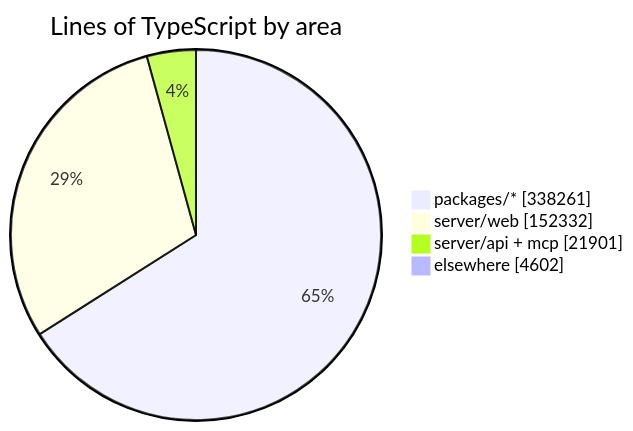
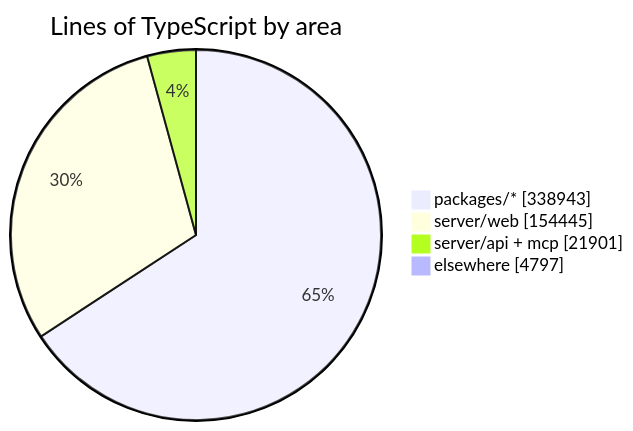
Before and after one commit to crossworks-engineering/mantle: the diagram in README.md, drawn with Mermaid. The commit also changed other lines of this file and 2 other files, not shown here.

````diff
--- a/README.md
+++ b/README.md
@@ -294,7 +294,7 @@
 ```mermaid
 pie showData title Lines of TypeScript by area
-    "packages/*" : 338261
-    "server/web" : 152332
+    "packages/*" : 338943
+    "server/web" : 154445
     "server/api + mcp" : 21901
-    "elsewhere" : 4602
+    "elsewhere" : 4797
 ```
````
